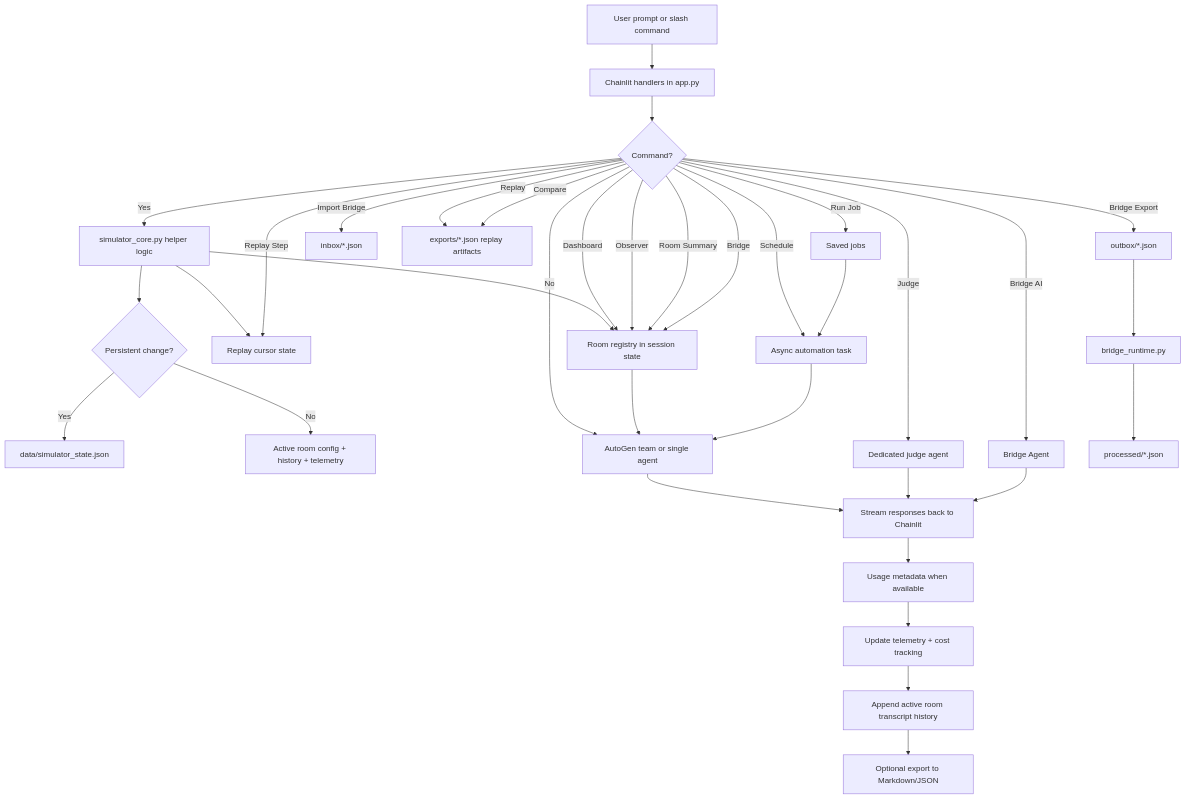
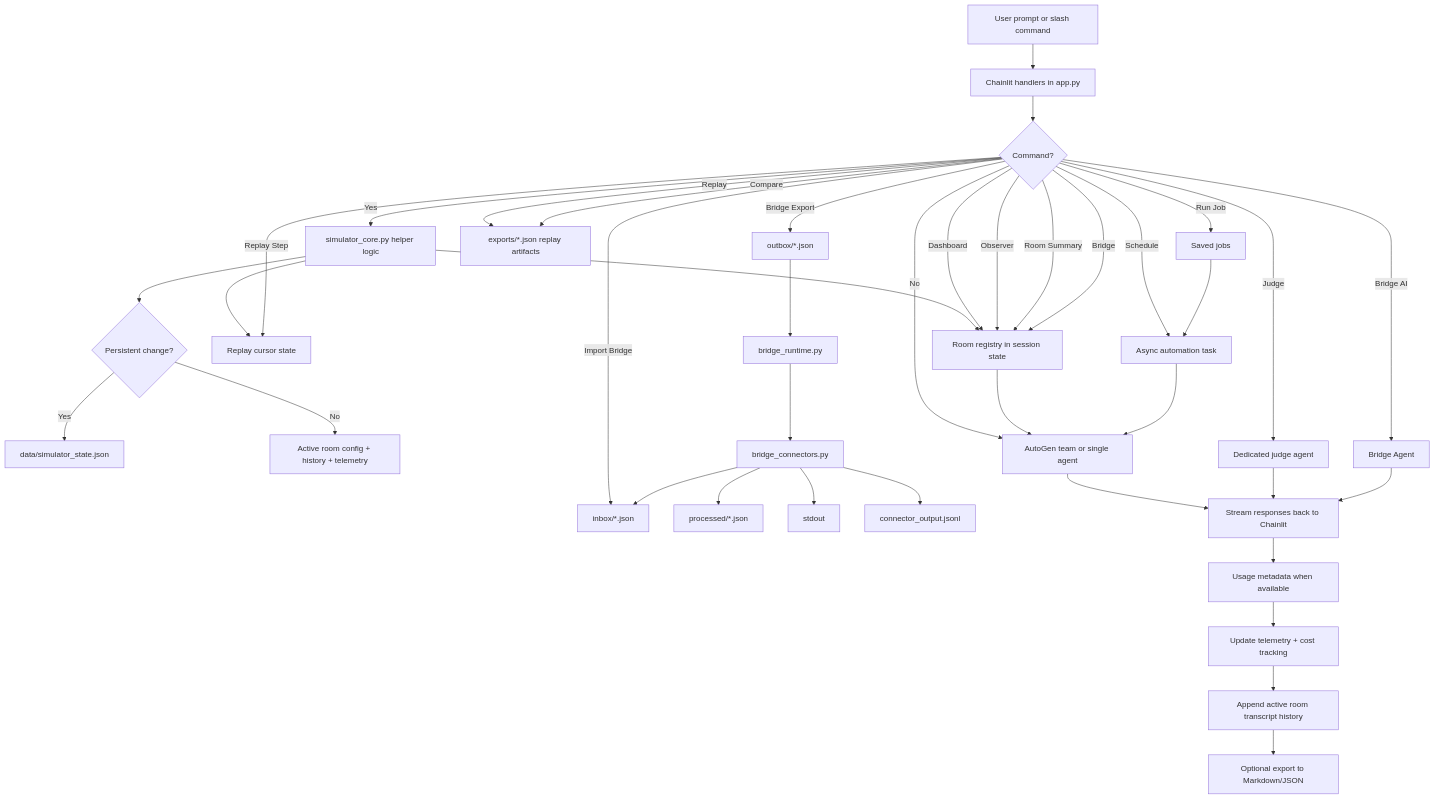
The diagram in docs/ai/design/simulator-operations.md (robertpelloni/agentirc), drawn with Mermaid before and after one commit. The commit also changed other lines of this file and 13 other files, not shown here.

Commit message:
feat: add connector adapter layer for bridge runtime

````diff
--- a/docs/ai/design/simulator-operations.md
+++ b/docs/ai/design/simulator-operations.md
@@ -85,37 +91,41 @@
 ```mermaid
 flowchart TD
     User[User prompt or slash command] --> CL[Chainlit handlers in app.py]
     CL --> Cmd{Command?}
     Cmd -- Yes --> Core[simulator_core.py helper logic]
     Core --> Rooms[Room registry in session state]
     Core --> ReplayState[Replay cursor state]
     Core --> Persist{Persistent change?}
     Persist -- Yes --> State[data/simulator_state.json]
     Persist -- No --> Session[Active room config + history + telemetry]
     Cmd -- Dashboard --> Rooms
     Cmd -- Observer --> Rooms
     Cmd -- Room Summary --> Rooms
     Cmd -- Bridge --> Rooms
     Cmd -- Bridge AI --> BridgeAgent[Bridge Agent]
     Cmd -- Bridge Export --> Outbox[outbox/*.json]
     Cmd -- Import Bridge --> Inbox[inbox/*.json]
     Cmd -- Replay --> Exports[exports/*.json replay artifacts]
     Cmd -- Replay Step --> ReplayState
     Cmd -- Compare --> Exports
     Cmd -- Schedule --> Task[Async automation task]
     Cmd -- Run Job --> Jobs[Saved jobs]
     Cmd -- Judge --> Judge[Dedicated judge agent]
     Cmd -- No --> Team[AutoGen team or single agent]
     Outbox --> Runtime[bridge_runtime.py]
-    Runtime --> Processed[processed/*.json]
+    Runtime --> Connectors[bridge_connectors.py]
+    Connectors --> Processed[processed/*.json]
+    Connectors --> Inbox
+    Connectors --> Console[stdout]
+    Connectors --> Jsonl[connector_output.jsonl]
     Rooms --> Team
     Jobs --> Task
     Task --> Team
     Team --> Stream[Stream responses back to Chainlit]
     Judge --> Stream
     BridgeAgent --> Stream
     Stream --> Usage[Usage metadata when available]
     Usage --> Telemetry[Update telemetry + cost tracking]
     Telemetry --> History[Append active room transcript history]
     History --> Export[Optional export to Markdown/JSON]
 ```
````
